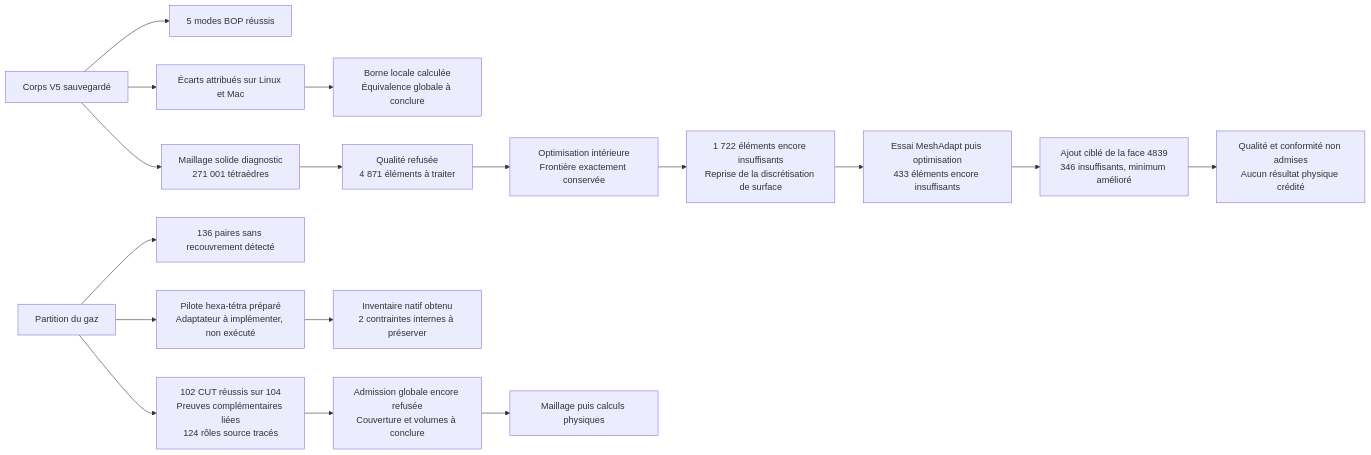
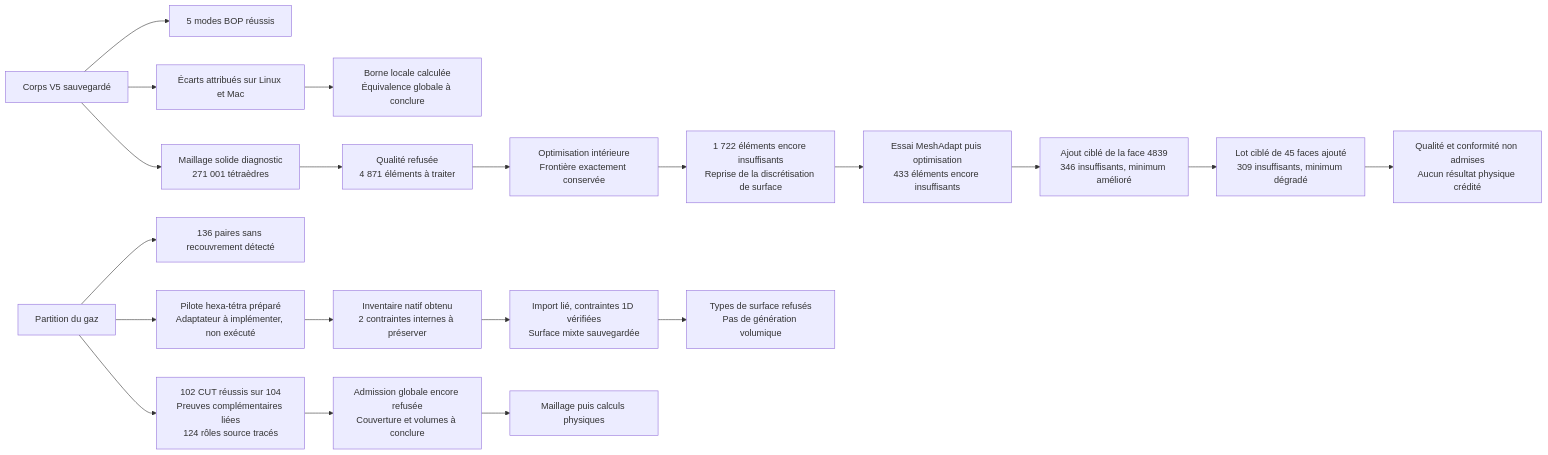
The diagram in docs/M64_GEOMETRY_CHECKPOINT_20260908.md (cluster2600/porscheparts), drawn with Mermaid before and after one commit. The commit also changed other lines of this file and 1 other file, not shown here.

Commit message:
docs(m64): publish solid 192 trial and mixed gas surface evidence

````diff
--- a/docs/M64_GEOMETRY_CHECKPOINT_20260908.md
+++ b/docs/M64_GEOMETRY_CHECKPOINT_20260908.md
@@ -800,19 +876,22 @@
 ```mermaid
 flowchart LR
     A[Corps V5 sauvegardé] --> B[5 modes BOP réussis]
     A --> C[Écarts attribués sur Linux et Mac]
     C --> D[Borne locale calculée<br/>Équivalence globale à conclure]
     A --> J[Maillage solide diagnostic<br/>271 001 tétraèdres]
     J --> K[Qualité refusée<br/>4 871 éléments à traiter]
     K --> L[Optimisation intérieure<br/>Frontière exactement conservée]
     L --> M[1 722 éléments encore insuffisants<br/>Reprise de la discrétisation de surface]
     M --> O[Essai MeshAdapt puis optimisation<br/>433 éléments encore insuffisants]
     O --> P[Ajout ciblé de la face 4839<br/>346 insuffisants, minimum amélioré]
-    P --> Q[Qualité et conformité non admises<br/>Aucun résultat physique crédité]
+    P --> S[Lot ciblé de 45 faces ajouté<br/>309 insuffisants, minimum dégradé]
+    S --> Q[Qualité et conformité non admises<br/>Aucun résultat physique crédité]
     E[Partition du gaz] --> F[136 paires sans recouvrement détecté]
     E --> N[Pilote hexa-tétra préparé<br/>Adaptateur à implémenter, non exécuté]
     N --> R[Inventaire natif obtenu<br/>2 contraintes internes à préserver]
+    R --> T[Import lié, contraintes 1D vérifiées<br/>Surface mixte sauvegardée]
+    T --> U[Types de surface refusés<br/>Pas de génération volumique]
     E --> G[102 CUT réussis sur 104<br/>Preuves complémentaires liées<br/>124 rôles source tracés]
     G --> H[Admission globale encore refusée<br/>Couverture et volumes à conclure]
     H --> I[Maillage puis calculs physiques]
 ```
````
